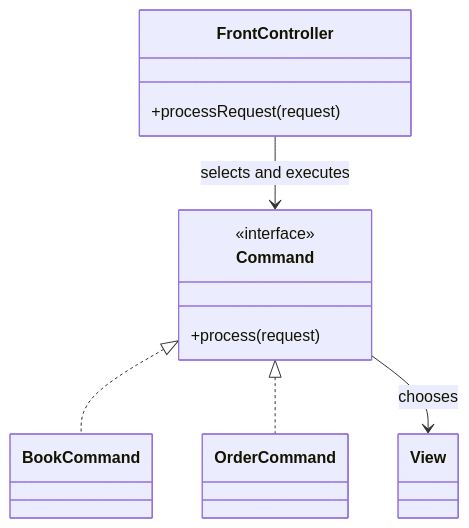
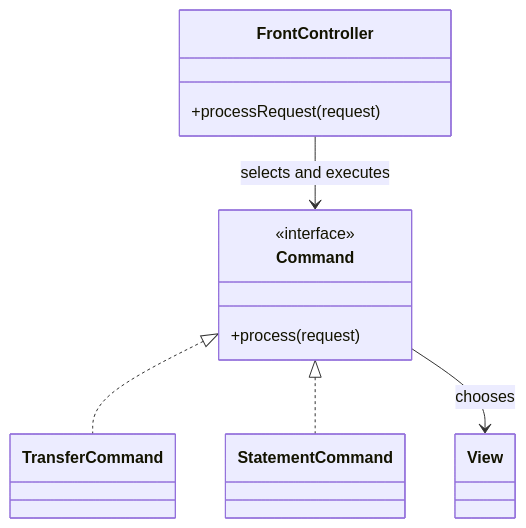
The diagram in i18n/en/docusaurus-plugin-content-docs/current/design/poeaa/web-presentation/front-controller.md (alancesar/design-patterns), drawn with Mermaid before and after one commit. The commit also changed other lines of this file and 95 other files, not shown here.

First line of the commit message:
Switch PoEAA examples and diagrams to fintech scenarios

````diff
--- a/i18n/en/docusaurus-plugin-content-docs/current/design/poeaa/web-presentation/front-controller.md
+++ b/i18n/en/docusaurus-plugin-content-docs/current/design/poeaa/web-presentation/front-controller.md
@@ -53,17 +53,17 @@
 ```mermaid
 classDiagram
     class FrontController {
         +processRequest(request)
     }
     class Command {
         <<interface>>
         +process(request)
     }
-    class BookCommand
-    class OrderCommand
+    class TransferCommand
+    class StatementCommand
     class View
     FrontController --> Command : selects and executes
-    Command <|.. BookCommand
-    Command <|.. OrderCommand
+    Command <|.. TransferCommand
+    Command <|.. StatementCommand
     Command --> View : chooses
 ```
````
